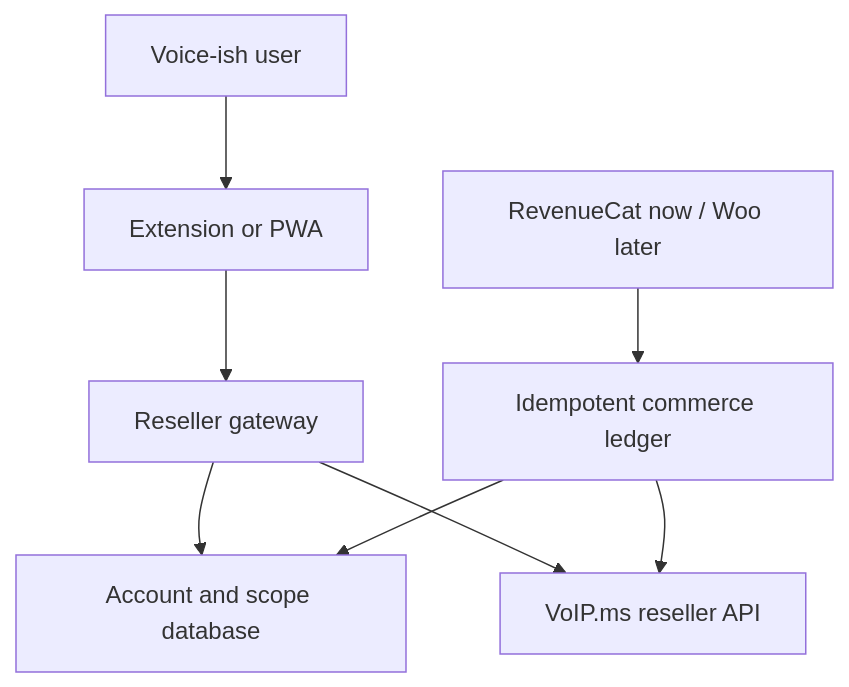
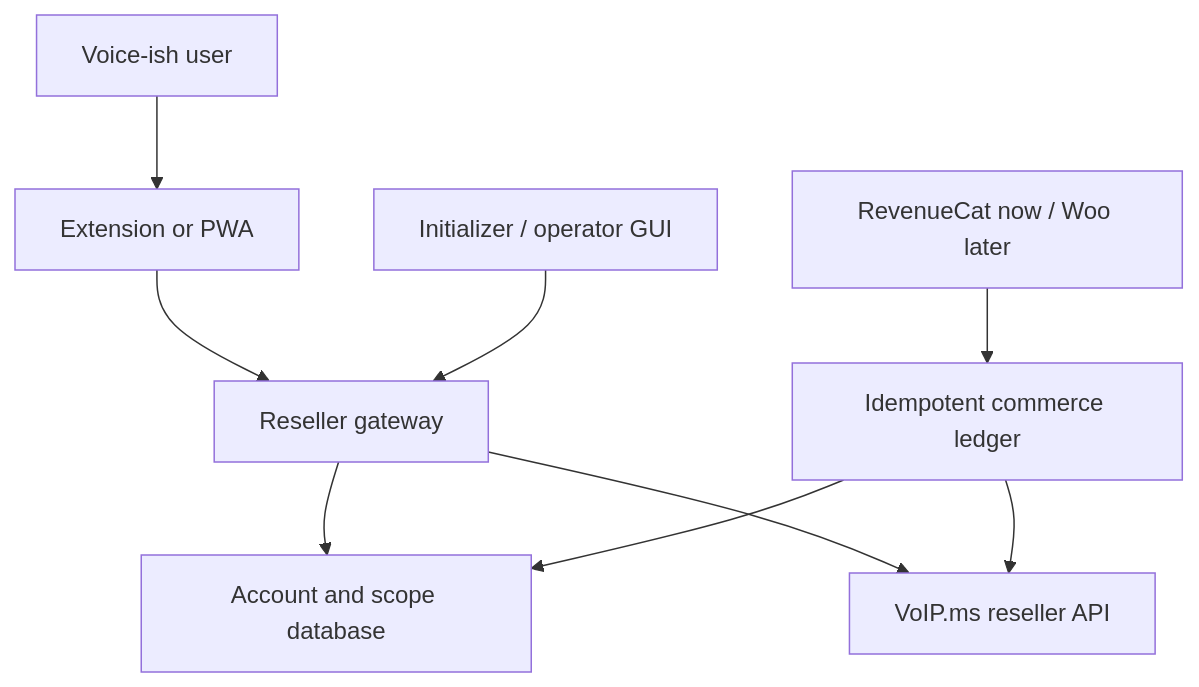
One commit to rebots-online/voipms-sms-chromex-v1.2 changed the diagram in docs/ARCHITECTURE.md. Above: the diagram before and after it, drawn with Mermaid. The commit also changed other lines of this file and 20 other files, not shown here.

Commit message:
Package setup into an initializer GUI

````diff
--- a/docs/ARCHITECTURE.md
+++ b/docs/ARCHITECTURE.md
@@ -7,10 +7,11 @@
 ```mermaid
 flowchart TD
   U["Voice-ish user"] --> C["Extension or PWA"]
   C --> G["Reseller gateway"]
+  O["Initializer / operator GUI"] --> G
   G --> D["Account and scope database"]
   G --> V["VoIP.ms reseller API"]
   R["RevenueCat now / Woo later"] --> L["Idempotent commerce ledger"]
   L --> D
   L --> V
 ```
````
